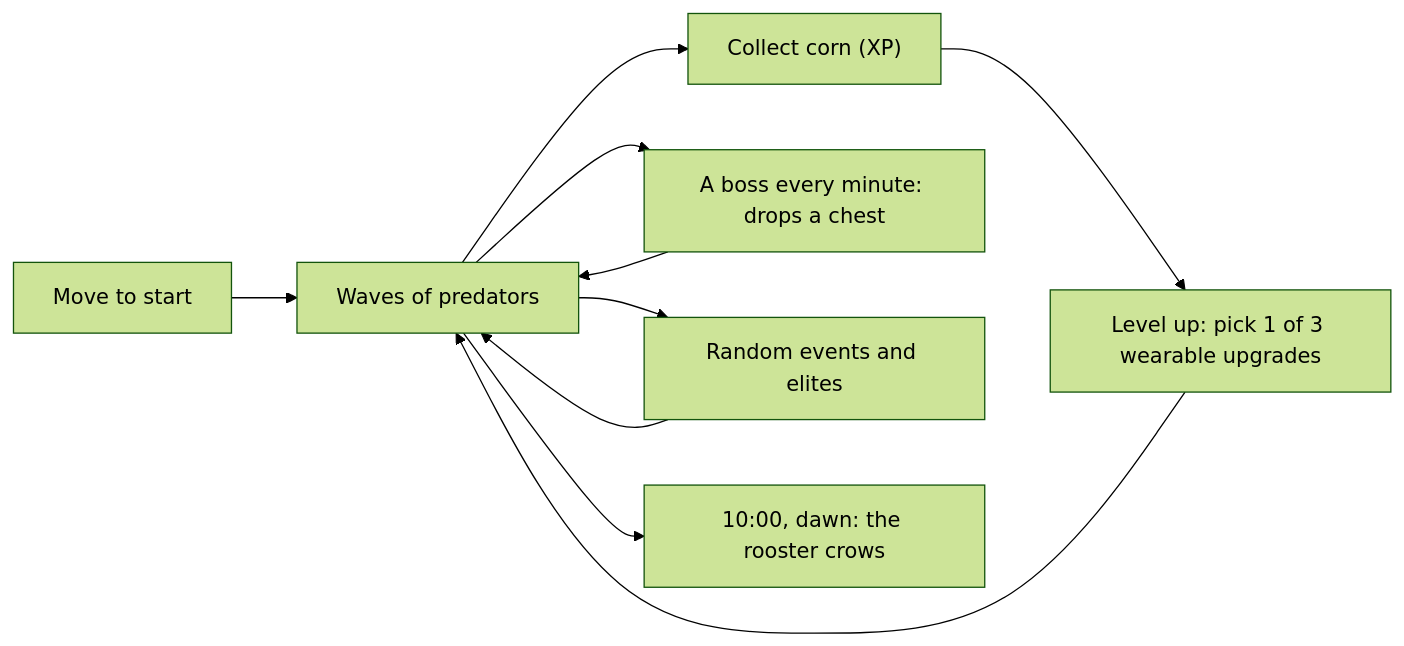
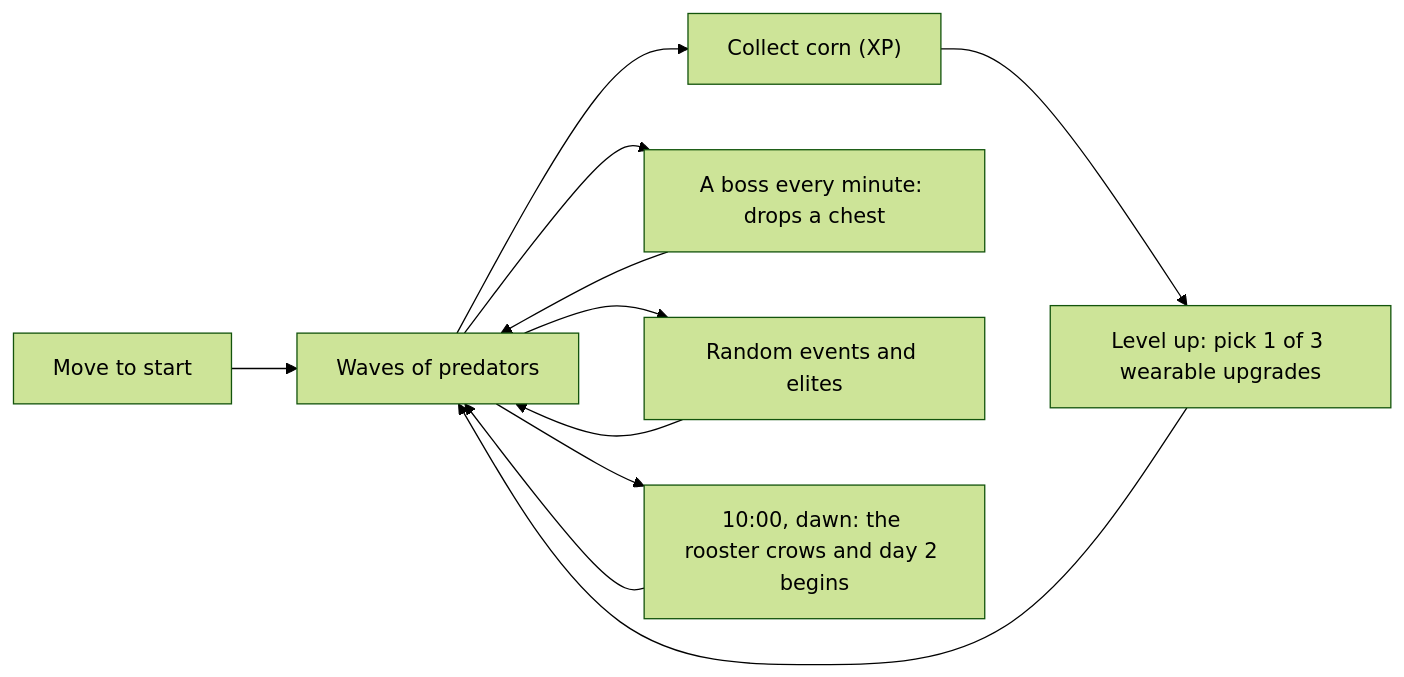
The diagram in README.md (RodolfoXiloj/quiquiriqui-32k), drawn with Mermaid (forest theme) before and after one commit. The commit also changed other lines of this file and 9 other files, not shown here.

````diff
--- a/README.md
+++ b/README.md
@@ -139,12 +139,13 @@
 ```mermaid
 flowchart LR
   A["Move to start"] --> B["Waves of predators"]
   B --> C["Collect corn (XP)"]
   C --> D["Level up: pick 1 of 3 wearable upgrades"]
   D --> B
   B --> E["A boss every minute: drops a chest"]
   E --> B
   B --> G["Random events and elites"]
   G --> B
-  B --> F["10:00, dawn: the rooster crows"]
+  B --> F["10:00, dawn: the rooster crows and day 2 begins"]
+  F --> B
 ```
````
